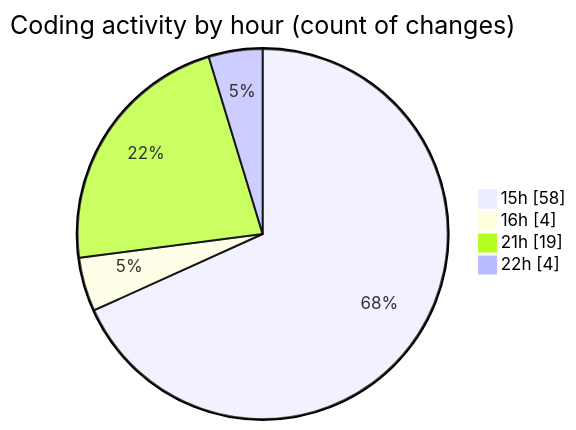
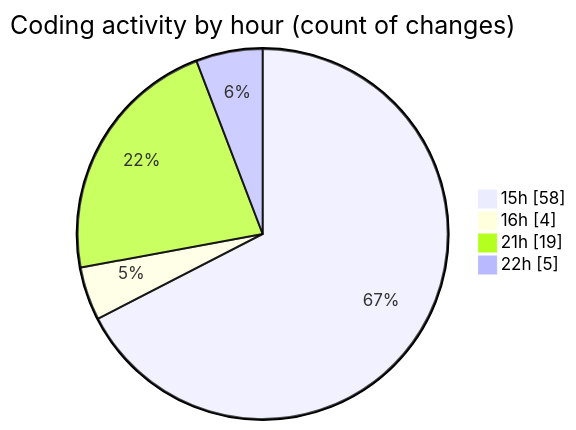
Before and after one commit to momahboobian/code-tracking: the second of 2 diagrams in 2026-01-22/cda-web-components/README.md, drawn with Mermaid. The commit also changed other lines of this file and 1 other file, not shown here.

````diff
--- a/2026-01-22/cda-web-components/README.md
+++ b/2026-01-22/cda-web-components/README.md
@@ -71,8 +71,8 @@
 ```mermaid
 pie showData
 title Coding activity by hour (count of changes)
 "15h" : 58
 "16h" : 4
 "21h" : 19
-"22h" : 4
+"22h" : 5
 ```
````
